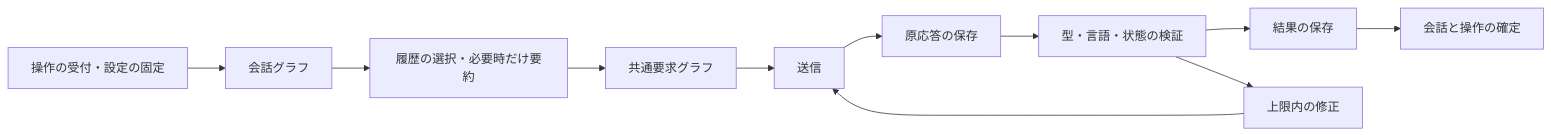
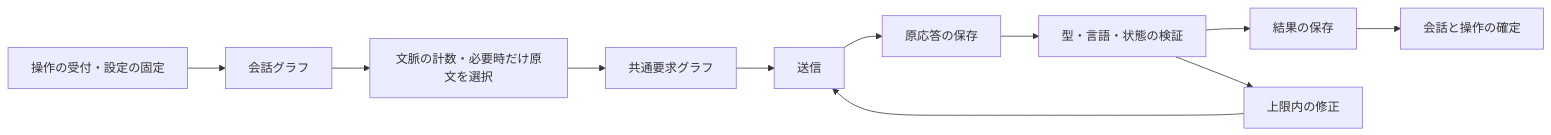
The diagram in docs/current/execution-and-content.md (satter0827/komaquill), drawn with Mermaid before and after one commit. The commit also changed other lines of this file and 56 other files, not shown here.

````diff
--- a/docs/current/execution-and-content.md
+++ b/docs/current/execution-and-content.md
@@ -9,13 +9,13 @@
 ```mermaid
 flowchart LR
     A[操作の受付・設定の固定] --> B[会話グラフ]
-    B --> C[履歴の選択・必要時だけ要約]
+    B --> C[文脈の計数・必要時だけ原文を選択]
     C --> D[共通要求グラフ]
     D --> E[送信]
     E --> F[原応答の保存]
     F --> G[型・言語・状態の検証]
     G --> H[結果の保存]
     G --> I[上限内の修正]
     I --> E
     H --> J[会話と操作の確定]
 ```
````
